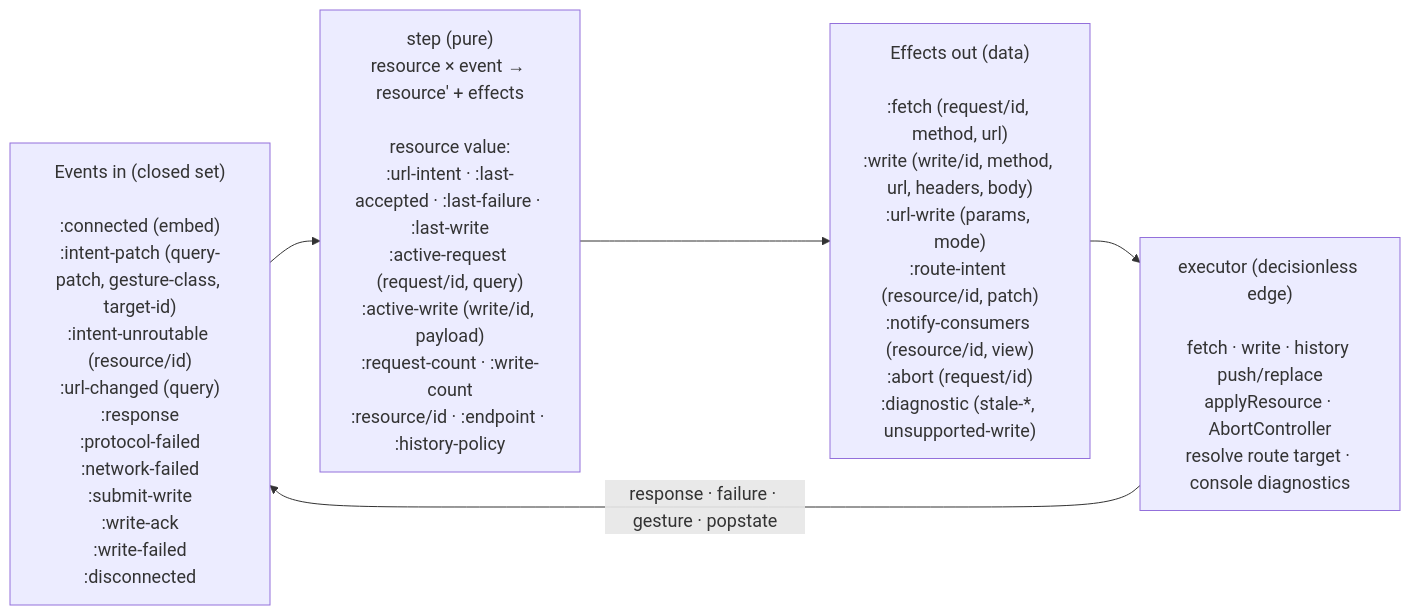
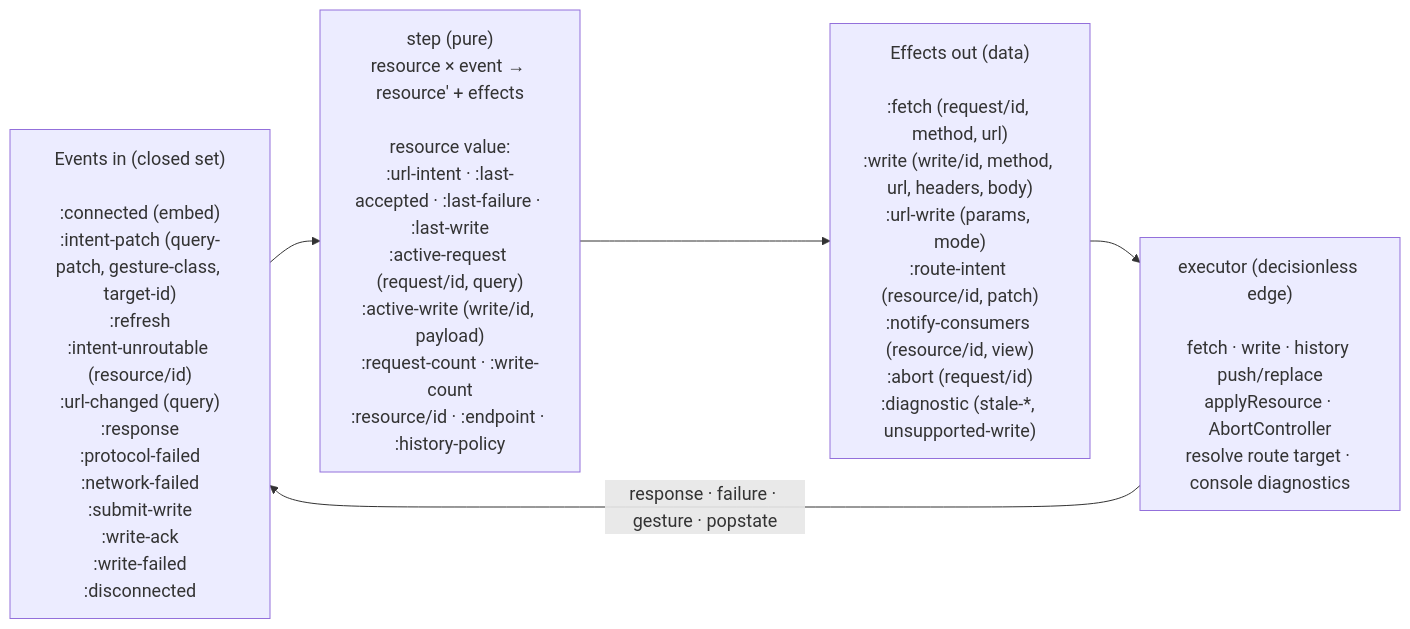
Before and after one commit to avanelsas/baredom: the second of 3 diagrams in barebuild/docs/architecture-diagram.md, drawn with Mermaid. The commit also changed other lines of this file and 6 other files, not shown here.

First line of the commit message:
Add a :refresh event for re-reading the current intent (#360)

````diff
--- a/barebuild/docs/architecture-diagram.md
+++ b/barebuild/docs/architecture-diagram.md
@@ -83,14 +86,14 @@
 ```mermaid
 %%{init: {'themeVariables': {'fontSize': '18px'}}}%%
 flowchart LR
-  EVENTS["Events in (closed set)<br/><br/>:connected (embed)<br/>:intent-patch (query-patch, gesture-class, target-id)<br/>:intent-unroutable (resource/id)<br/>:url-changed (query)<br/>:response<br/>:protocol-failed<br/>:network-failed<br/>:submit-write<br/>:write-ack<br/>:write-failed<br/>:disconnected"]
+  EVENTS["Events in (closed set)<br/><br/>:connected (embed)<br/>:intent-patch (query-patch, gesture-class, target-id)<br/>:refresh<br/>:intent-unroutable (resource/id)<br/>:url-changed (query)<br/>:response<br/>:protocol-failed<br/>:network-failed<br/>:submit-write<br/>:write-ack<br/>:write-failed<br/>:disconnected"]
 
   STEP["step (pure)<br/>resource × event → resource′ + effects<br/><br/>resource value:<br/>:url-intent · :last-accepted · :last-failure · :last-write<br/>:active-request (request/id, query)<br/>:active-write (write/id, payload)<br/>:request-count · :write-count<br/>:resource/id · :endpoint · :history-policy"]
 
   EFFECTS["Effects out (data)<br/><br/>:fetch (request/id, method, url)<br/>:write (write/id, method, url, headers, body)<br/>:url-write (params, mode)<br/>:route-intent (resource/id, patch)<br/>:notify-consumers (resource/id, view)<br/>:abort (request/id)<br/>:diagnostic (stale-*, unsupported-write)"]
 
   EXEC["executor (decisionless edge)<br/><br/>fetch · write · history push/replace<br/>applyResource · AbortController<br/>resolve route target · console diagnostics"]
 
   EVENTS --> STEP --> EFFECTS --> EXEC
   EXEC -->|"response · failure · gesture · popstate"| EVENTS
 ```
````
